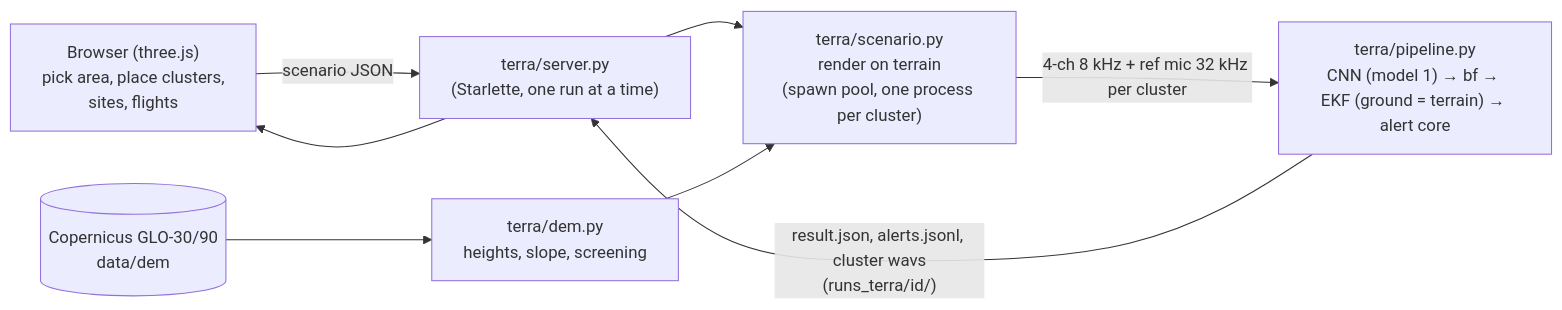
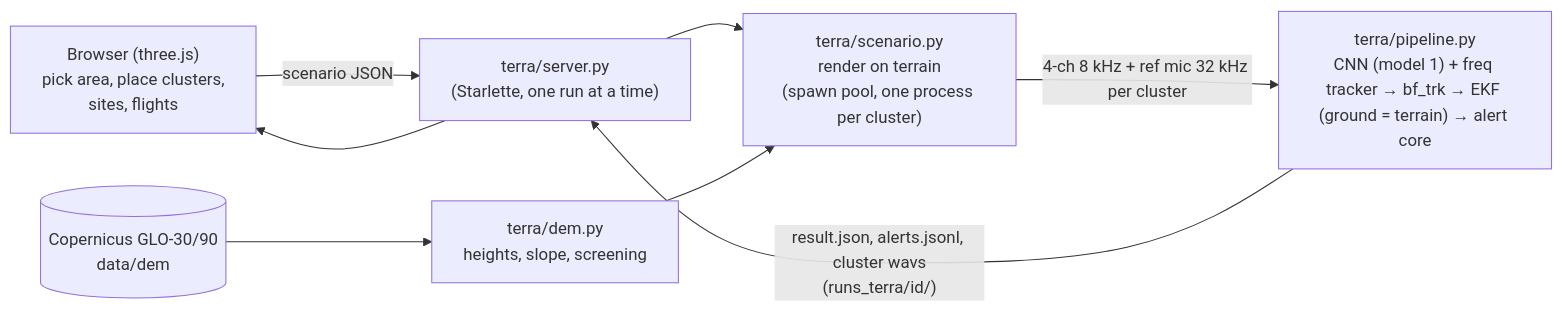
One commit to Quailworker/audiodrone changed the second of 2 diagrams in ARCHITECTURE.md. Above: the diagram before and after it, drawn with Mermaid. The commit also changed other lines of this file and 31 other files, not shown here.

````diff
--- a/ARCHITECTURE.md
+++ b/ARCHITECTURE.md
@@ -225,8 +260,8 @@
 ```mermaid
 flowchart LR
   UI["Browser (three.js)<br/>pick area, place clusters,<br/>sites, flights"] -- "scenario JSON" --> SRV["terra/server.py<br/>(Starlette, one run at a time)"]
   SRV --> SCN["terra/scenario.py<br/>render on terrain<br/>(spawn pool, one process per cluster)"]
   DEM[("Copernicus GLO-30/90<br/>data/dem")] --> D["terra/dem.py<br/>heights, slope, screening"] --> SCN
-  SCN -- "4-ch 8 kHz + ref mic 32 kHz per cluster" --> PIPE["terra/pipeline.py<br/>CNN (model 1) → bf → EKF (ground = terrain) → alert core"]
+  SCN -- "4-ch 8 kHz + ref mic 32 kHz per cluster" --> PIPE["terra/pipeline.py<br/>CNN (model 1) + freq tracker → bf_trk → EKF (ground = terrain) → alert core"]
   PIPE -- "result.json, alerts.jsonl, cluster wavs<br/>(runs_terra/id/)" --> SRV --> UI
 ```
````
